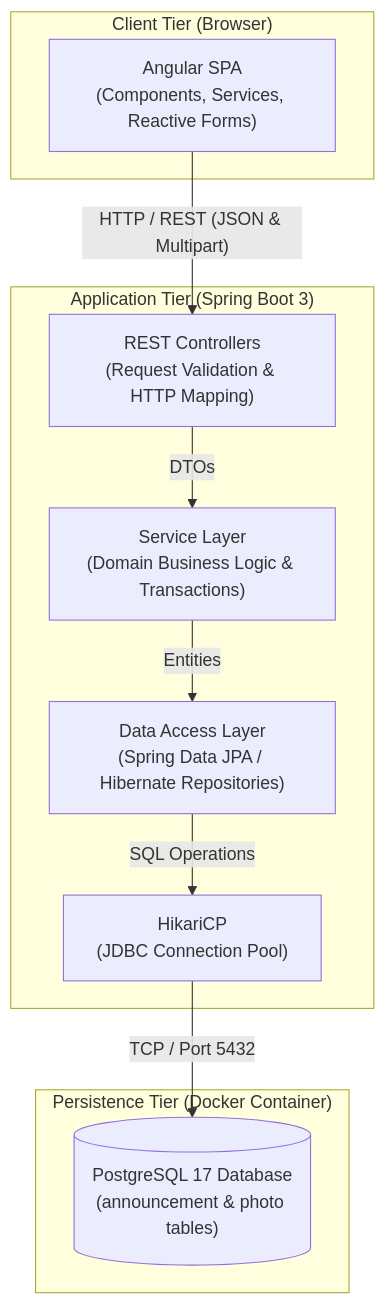
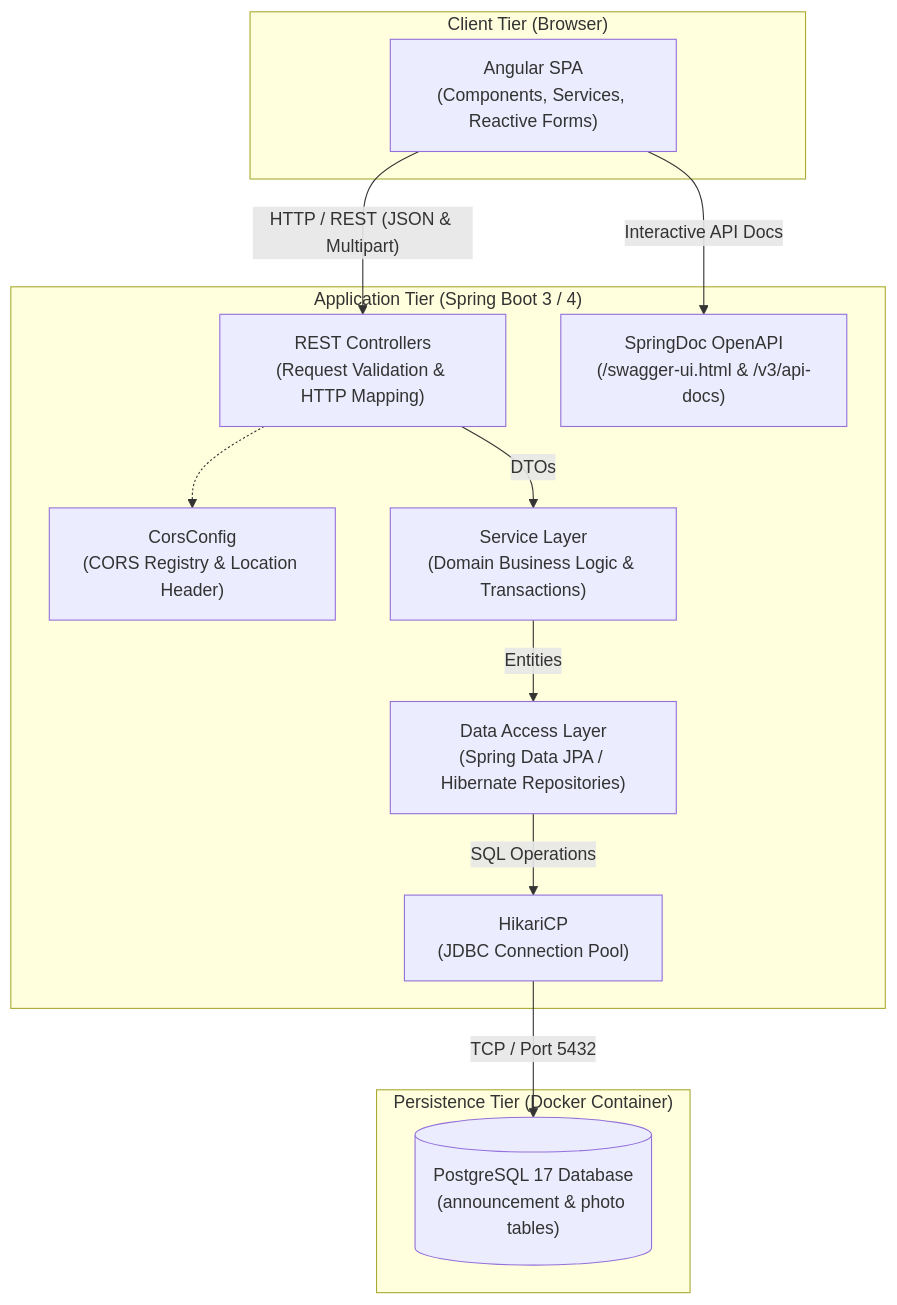
One commit to NineLives-exe-UBB/safepaws changed the first of 3 diagrams in docs/architecture.md. Above: the diagram before and after it, drawn with Mermaid. The commit also changed other lines of this file and 3 other files, not shown here.

````diff
--- a/docs/architecture.md
+++ b/docs/architecture.md
@@ -20,23 +20,27 @@
 ```mermaid
 flowchart TD
     subgraph ClientTier["Client Tier (Browser)"]
         UI["Angular SPA\n(Components, Services, Reactive Forms)"]
     end
 
-    subgraph AppTier["Application Tier (Spring Boot 3)"]
+    subgraph AppTier["Application Tier (Spring Boot 3 / 4)"]
         Controller["REST Controllers\n(Request Validation & HTTP Mapping)"]
+        OpenAPI["SpringDoc OpenAPI\n(/swagger-ui.html & /v3/api-docs)"]
+        Cors["CorsConfig\n(CORS Registry & Location Header)"]
         Service["Service Layer\n(Domain Business Logic & Transactions)"]
         Repo["Data Access Layer\n(Spring Data JPA / Hibernate Repositories)"]
         Hikari["HikariCP\n(JDBC Connection Pool)"]
     end
 
     subgraph DataTier["Persistence Tier (Docker Container)"]
         PG[("PostgreSQL 17 Database\n(announcement & photo tables)")]
     end
 
     UI -->|"HTTP / REST (JSON & Multipart)"| Controller
+    UI -->|"Interactive API Docs"| OpenAPI
+    Controller -.-> Cors
     Controller -->|"DTOs"| Service
     Service -->|"Entities"| Repo
     Repo -->|"SQL Operations"| Hikari
     Hikari -->|"TCP / Port 5432"| PG
 ```
````
